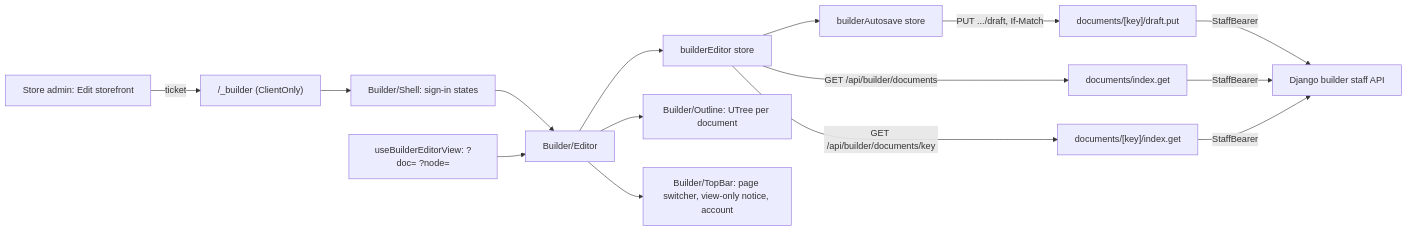
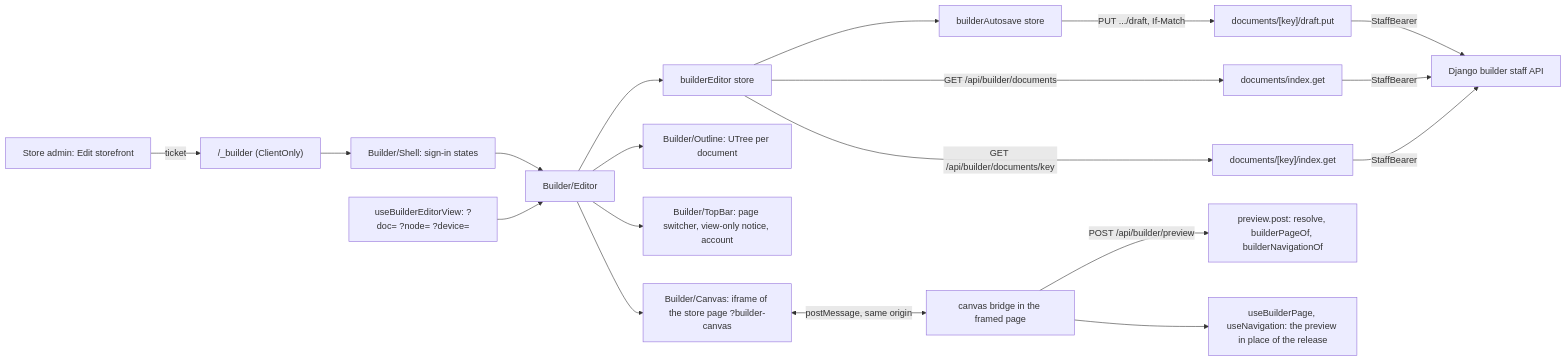
One commit to vasilistotskas/grooveshop-docs changed the diagram in src/dev/flows/page-builder-editor.md. Above: the diagram before and after it, drawn with Mermaid. The commit also changed other lines of this file, not shown here.

Commit message:
docs(dev): the page editor's live preview of the store's real page

````diff
--- a/src/dev/flows/page-builder-editor.md
+++ b/src/dev/flows/page-builder-editor.md
@@ -23,17 +24,21 @@
 ```mermaid
 flowchart LR
   Admin["Store admin: Edit storefront"] -->|"ticket"| Page["/_builder (ClientOnly)"]
   Page --> Shell["Builder/Shell: sign-in states"]
   Shell --> Editor["Builder/Editor"]
   Editor --> Store["builderEditor store"]
   Store -->|"GET /api/builder/documents"| List["documents/index.get"]
   Store -->|"GET /api/builder/documents/key"| Detail["documents/[key]/index.get"]
   Autosave["builderAutosave store"] -->|"PUT .../draft, If-Match"| Draft["documents/[key]/draft.put"]
   Draft -->|"StaffBearer"| Django
   Store --> Autosave
   List -->|"StaffBearer"| Django["Django builder staff API"]
   Detail -->|"StaffBearer"| Django
   Editor --> Outline["Builder/Outline: UTree per document"]
   Editor --> TopBar["Builder/TopBar: page switcher, view-only notice, account"]
-  View["useBuilderEditorView: ?doc= ?node="] --> Editor
+  View["useBuilderEditorView: ?doc= ?node= ?device="] --> Editor
+  Editor --> Canvas["Builder/Canvas: iframe of the store page ?builder-canvas"]
+  Canvas <-->|"postMessage, same origin"| Bridge["canvas bridge in the framed page"]
+  Bridge -->|"POST /api/builder/preview"| Preview["preview.post: resolve, builderPageOf, builderNavigationOf"]
+  Bridge --> Seams["useBuilderPage, useNavigation: the preview in place of the release"]
 ```
````
